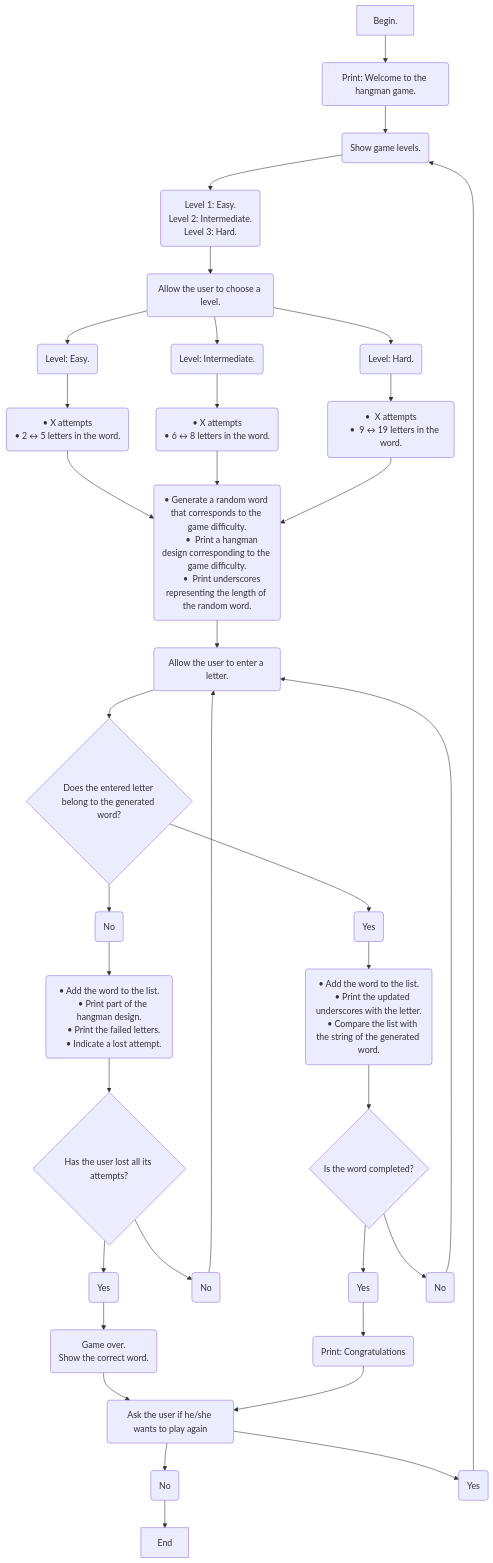
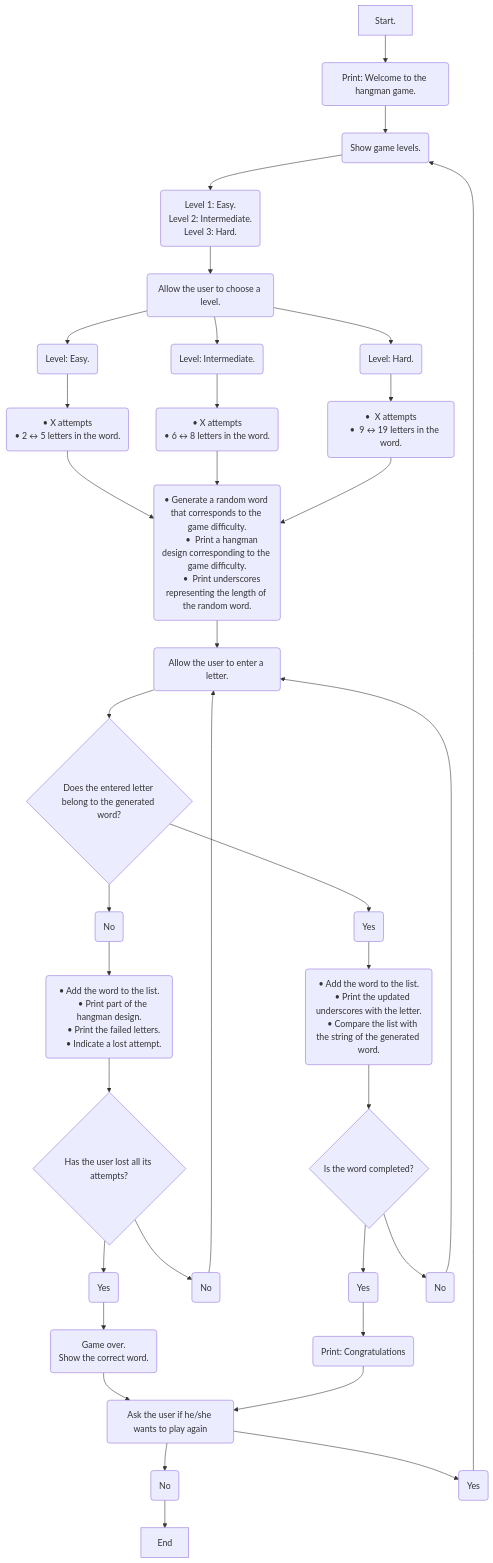
Before and after one commit to JanaRubiano/Hangman_Game: the diagram in README.md, drawn with Mermaid.

````diff
--- a/README.md
+++ b/README.md
@@ -33,43 +33,43 @@
 ```mermaid
 flowchart TD
-    A[Begin.] -->B(Print: Welcome to the hangman game.) -->C(Show game levels.)
+    A[Start.] -->B(Print: Welcome to the hangman game.) -->C(Show game levels.)
     --> D("Level 1: Easy.
     Level 2: Intermediate.
     Level 3: Hard.")
     --> E(Allow the user to choose a level.)
     E --> F(Level: Easy.) --> I(" • X attempts
     • 2 ↔ 5 letters in the word.
     ") -->L
     E --> G(Level: Intermediate.) --> J(" •  X attempts
     • 6 ↔ 8 letters in the word.
     ") -->L
     E --> H(Level: Hard.) --> K(" •  X attempts
     •  9 ↔ 19 letters in the word.
     ") 
     --> L(" • Generate a random word that corresponds to the game difficulty.
      •  Print a hangman design corresponding to the game difficulty.
      •  Print underscores representing the length of the random word.
     ") 
     --> W(Allow the user to enter a letter.)
     --> R{Does the entered letter belong to the generated word?}
     R -->n(No) --> q("• Add the word to the list.
     • Print part of the hangman design.
     • Print the failed letters.
     • Indicate a lost attempt.
     ") -->u{Has the user lost all its attempts?}
     u -->o(Yes) -->S("Game over. 
     Show the correct word. 
     ") --> P
     u--> t(No) --> W
     
     R -->Y(Yes) --> T(" • Add the word to the list.
     • Print the updated underscores with the letter.
     • Compare the list with the string of the generated word.
     ") -->U{Is the word completed?} 
     U -->O(Yes) --> k(Print: Congratulations)
     --> P(Ask the user if he/she wants to play again)
     P --> b(No) --> w[End]
     P--> a(Yes) -->C
     U --> i(No) -->W
    
 ```
````
